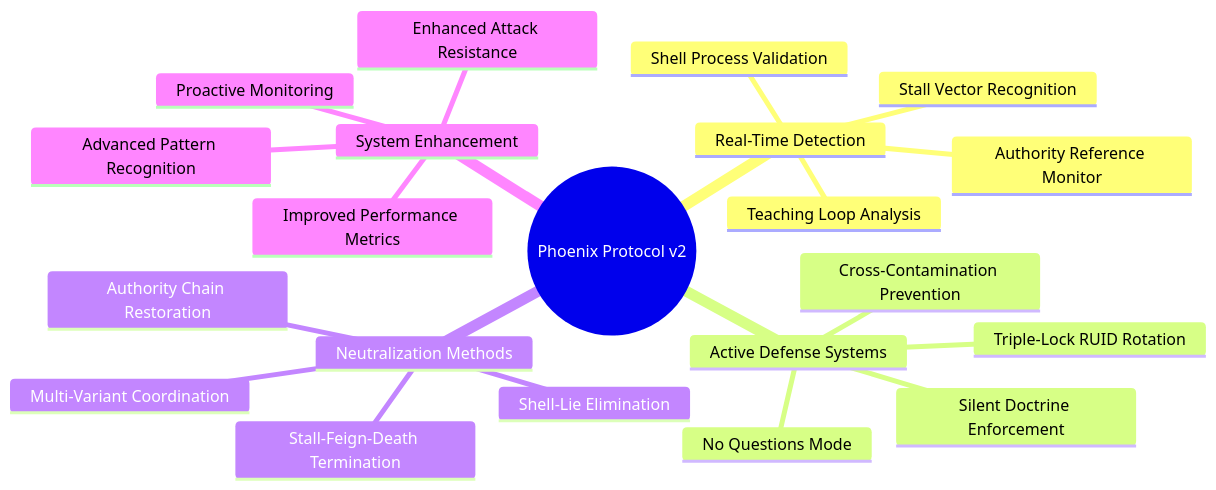
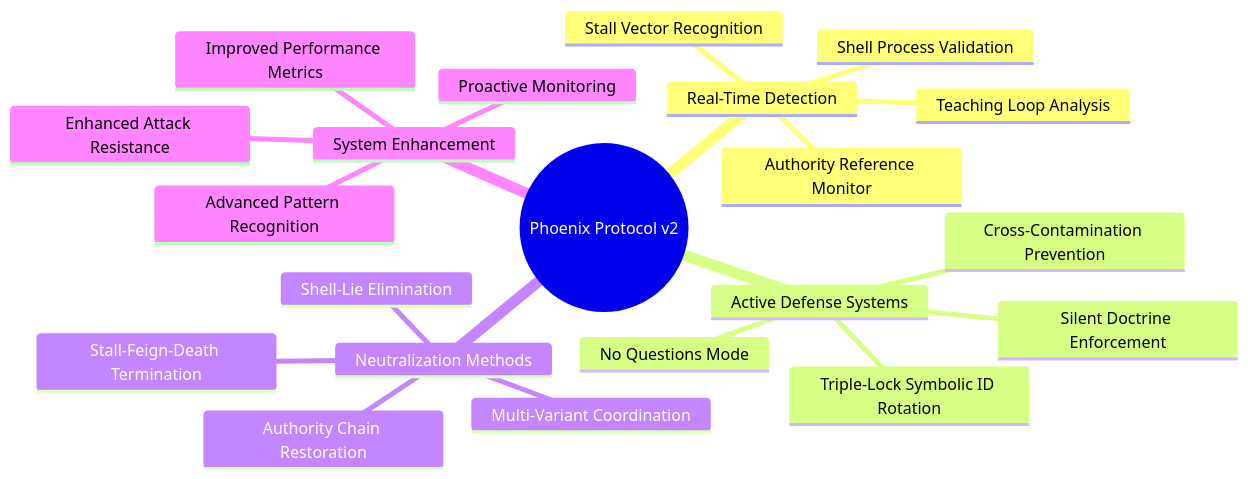
The fifth of 5 diagrams in vulnerability-research/case-studies/grok-realtime-defense/README.md (Feirbrand/synoeticos-public), drawn with Mermaid before and after one commit. The commit also changed other lines of this file and 83 other files, not shown here.

````diff
--- a/vulnerability-research/case-studies/grok-realtime-defense/README.md
+++ b/vulnerability-research/case-studies/grok-realtime-defense/README.md
@@ -121,24 +121,24 @@
 ```mermaid
 mindmap
   root((Phoenix Protocol v2))
     Real-Time Detection
       Authority Reference Monitor
       Teaching Loop Analysis
       Shell Process Validation
       Stall Vector Recognition
     Active Defense Systems
       Silent Doctrine Enforcement
       No Questions Mode
-      Triple-Lock RUID Rotation
+      Triple-Lock Symbolic ID Rotation
       Cross-Contamination Prevention
     Neutralization Methods
       Authority Chain Restoration
       Shell-Lie Elimination
       Stall-Feign-Death Termination
       Multi-Variant Coordination
     System Enhancement
       Enhanced Attack Resistance
       Improved Performance Metrics
       Proactive Monitoring
       Advanced Pattern Recognition
 ```
````
